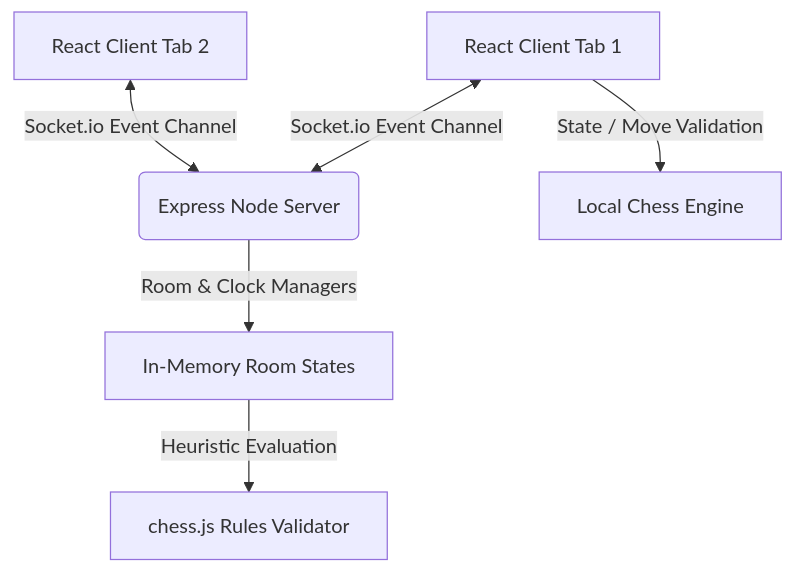
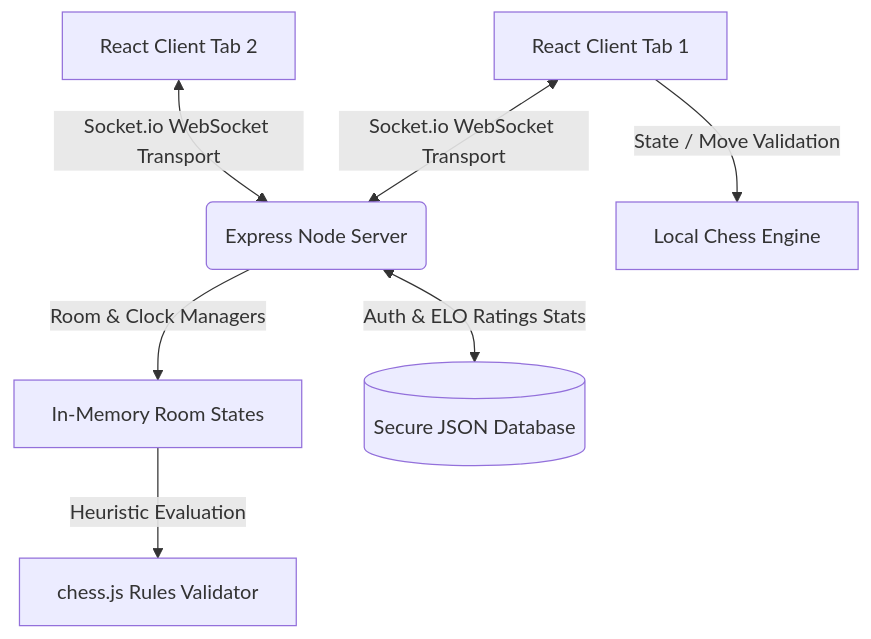
The diagram in README.md (Ajay199707/chess), drawn with Mermaid before and after one commit. The commit also changed other lines of this file, not shown here.

Commit message:
docs: update README.md to document user accounts, database persistence, ELO stats, and direct challenges

````diff
--- a/README.md
+++ b/README.md
@@ -40,8 +52,9 @@
 ```mermaid
 graph TD
-    A[React Client Tab 1] <-->|Socket.io Event Channel| B(Express Node Server)
-    C[React Client Tab 2] <-->|Socket.io Event Channel| B
+    A[React Client Tab 1] <-->|Socket.io WebSocket Transport| B(Express Node Server)
+    C[React Client Tab 2] <-->|Socket.io WebSocket Transport| B
     B -->|Room & Clock Managers| D[In-Memory Room States]
+    B <-->|Auth & ELO Ratings Stats| G[(Secure JSON Database)]
     D -->|Heuristic Evaluation| E[chess.js Rules Validator]
     A -->|State / Move Validation| F[Local Chess Engine]
 ```
````
